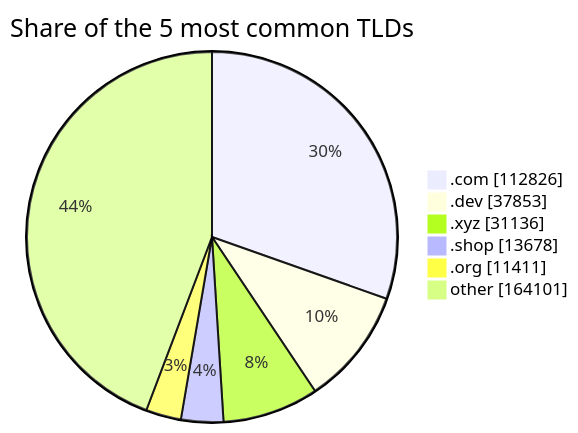
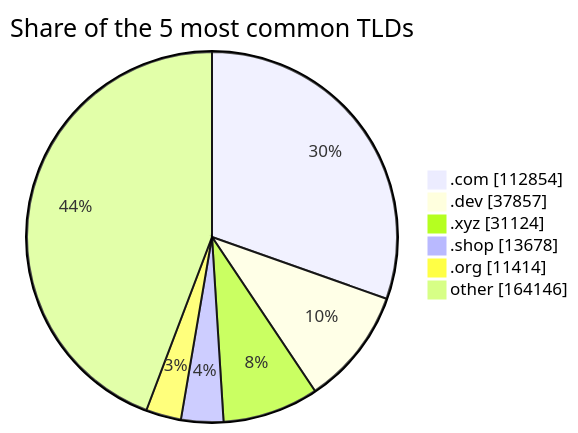
The third of 3 diagrams in README.md (DNSBunker/CTI), drawn with Mermaid before and after one commit. The commit also changed other lines of this file and 3 other files, not shown here.

````diff
--- a/README.md
+++ b/README.md
@@ -81,9 +81,9 @@
 ```mermaid
 pie showData title Share of the 5 most common TLDs
-    ".com" : 112826
-    ".dev" : 37853
-    ".xyz" : 31136
+    ".com" : 112854
+    ".dev" : 37857
+    ".xyz" : 31124
     ".shop" : 13678
-    ".org" : 11411
-    "other" : 164101
+    ".org" : 11414
+    "other" : 164146
 ```
````
